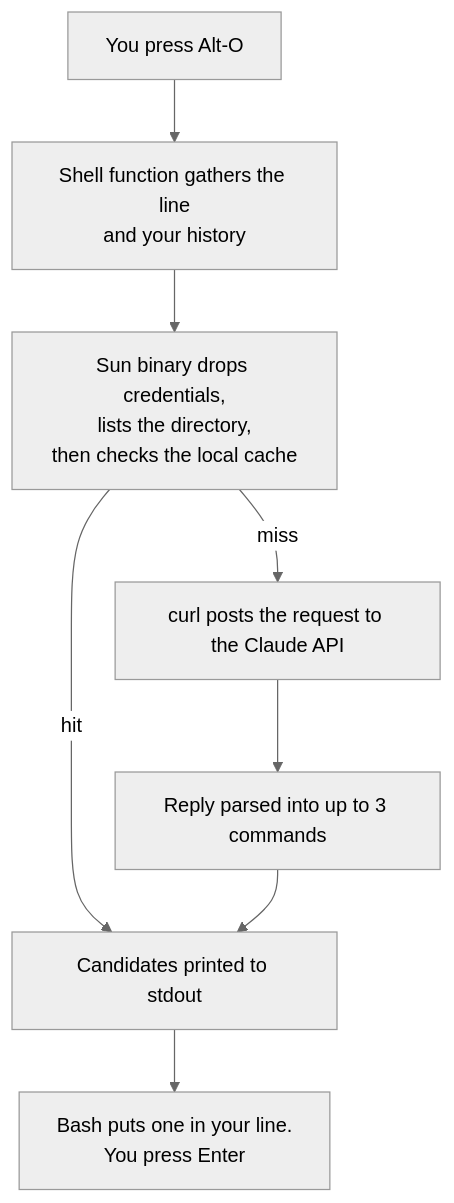
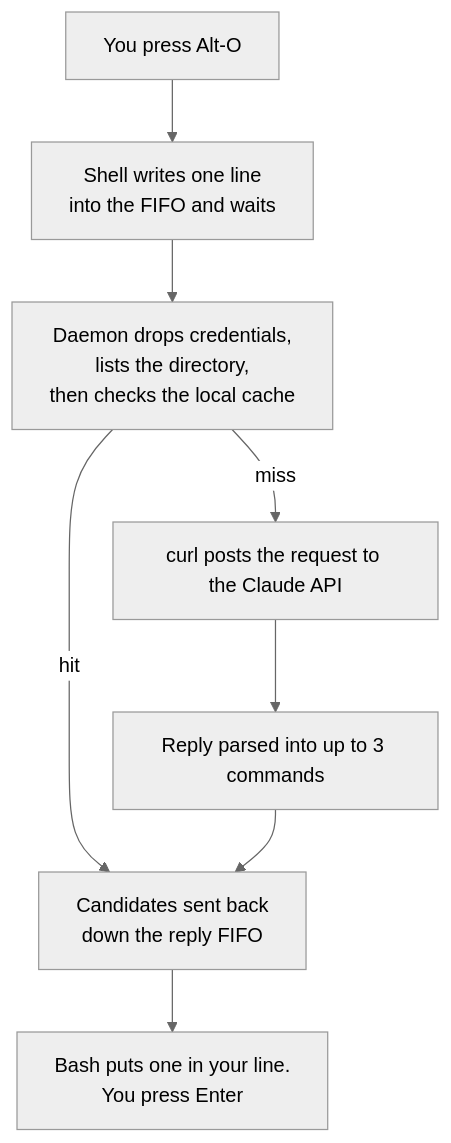
One commit to namo-robotics/namo_complete changed the second of 2 diagrams in README.md. Above: the diagram before and after it, drawn with Mermaid (neutral theme). The commit also changed other lines of this file and 18 other files, not shown here.

````diff
--- a/README.md
+++ b/README.md
@@ -120,10 +232,10 @@
 ```mermaid
 flowchart TD
-    A["You press Alt-O"] --> B["Shell function gathers the line<br>and your history"]
-    B --> C["Sun binary drops credentials,<br>lists the directory,<br>then checks the local cache"]
-    C -->|hit| F["Candidates printed to stdout"]
+    A["You press Alt-O"] --> B["Shell writes one line<br>into the FIFO and waits"]
+    B --> C["Daemon drops credentials,<br>lists the directory,<br>then checks the local cache"]
+    C -->|hit| F["Candidates sent back<br>down the reply FIFO"]
     C -->|miss| D["curl posts the request to the Claude API"]
     D --> E["Reply parsed into up to 3 commands"]
     E --> F
     F --> G["Bash puts one in your line.<br>You press Enter"]
 ```
````
